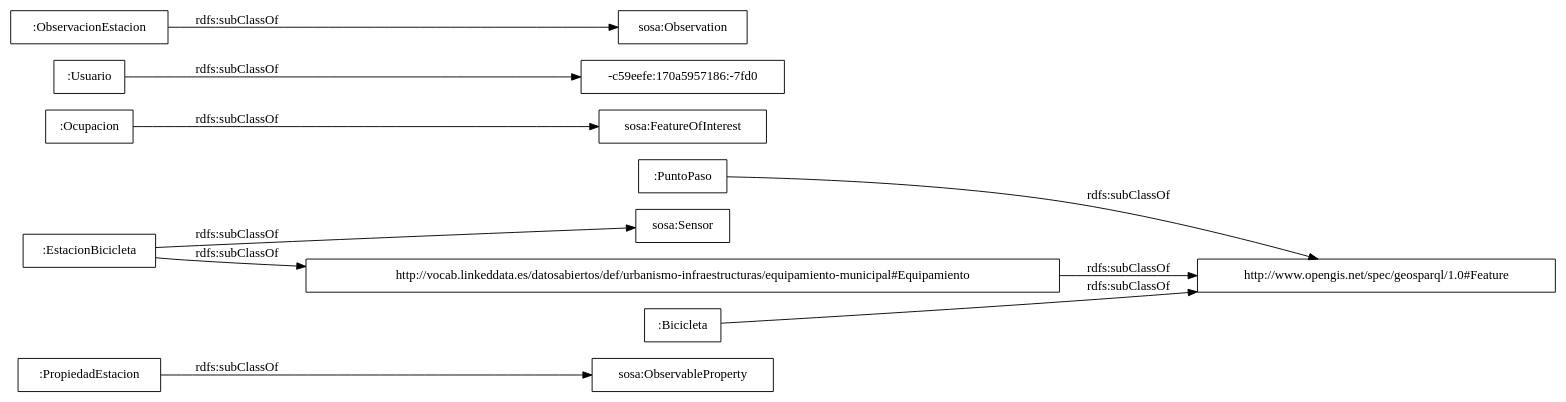
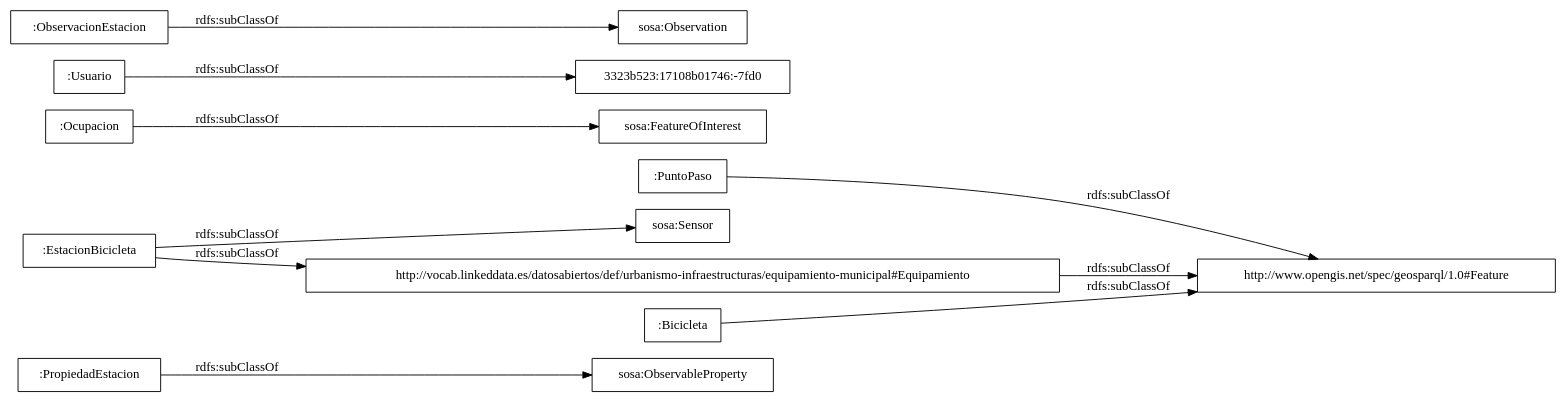
The diagram in OnToology/Ontology/bicicleta-publica.owl/diagrams/ar2dtool-taxonomy/bicicleta-publica.owl.png.dot (opencitydata/transporte-bici-datos-publicos), drawn with Graphviz before and after one commit. The commit also changed 14 other files, not shown here.

```diff
--- a/OnToology/Ontology/bicicleta-publica.owl/diagrams/ar2dtool-taxonomy/bicicleta-publica.owl.png.dot
+++ b/OnToology/Ontology/bicicleta-publica.owl/diagrams/ar2dtool-taxonomy/bicicleta-publica.owl.png.dot
@@ -1,15 +1,15 @@
 digraph ar2dtool_diagram { 
 rankdir=LR;
 size="1000"
-node [shape = rectangle, color="black"]; ":PropiedadEstacion" ":PuntoPaso" "sosa:ObservableProperty" "sosa:FeatureOfInterest" ":Usuario" ":Ocupacion" "sosa:Observation" "sosa:Sensor" "http://vocab.linkeddata.es/datosabiertos/def/urbanismo-infraestructuras/equipamiento-municipal#Equipamiento" "-c59eefe:170a5957186:-7fd0" ":EstacionBicicleta" ":ObservacionEstacion" ":Bicicleta" "http://www.opengis.net/spec/geosparql/1.0#Feature" ; /*classes style*/
+node [shape = rectangle, color="black"]; ":PropiedadEstacion" ":PuntoPaso" "sosa:ObservableProperty" "sosa:FeatureOfInterest" ":Usuario" ":Ocupacion" "sosa:Observation" "3323b523:17108b01746:-7fd0" "sosa:Sensor" "http://vocab.linkeddata.es/datosabiertos/def/urbanismo-infraestructuras/equipamiento-municipal#Equipamiento" ":EstacionBicicleta" ":ObservacionEstacion" ":Bicicleta" "http://www.opengis.net/spec/geosparql/1.0#Feature" ; /*classes style*/
 	"http://vocab.linkeddata.es/datosabiertos/def/urbanismo-infraestructuras/equipamiento-municipal#Equipamiento" -> "http://www.opengis.net/spec/geosparql/1.0#Feature" [ label = "rdfs:subClassOf" ];
 	":EstacionBicicleta" -> "http://vocab.linkeddata.es/datosabiertos/def/urbanismo-infraestructuras/equipamiento-municipal#Equipamiento" [ label = "rdfs:subClassOf" ];
 	":EstacionBicicleta" -> "sosa:Sensor" [ label = "rdfs:subClassOf" ];
-	":Usuario" -> "-c59eefe:170a5957186:-7fd0" [ label = "rdfs:subClassOf" ];
+	":Usuario" -> "3323b523:17108b01746:-7fd0" [ label = "rdfs:subClassOf" ];
 	":Bicicleta" -> "http://www.opengis.net/spec/geosparql/1.0#Feature" [ label = "rdfs:subClassOf" ];
 	":PuntoPaso" -> "http://www.opengis.net/spec/geosparql/1.0#Feature" [ label = "rdfs:subClassOf" ];
 	":Ocupacion" -> "sosa:FeatureOfInterest" [ label = "rdfs:subClassOf" ];
 	":PropiedadEstacion" -> "sosa:ObservableProperty" [ label = "rdfs:subClassOf" ];
 	":ObservacionEstacion" -> "sosa:Observation" [ label = "rdfs:subClassOf" ];
 
 }
```
